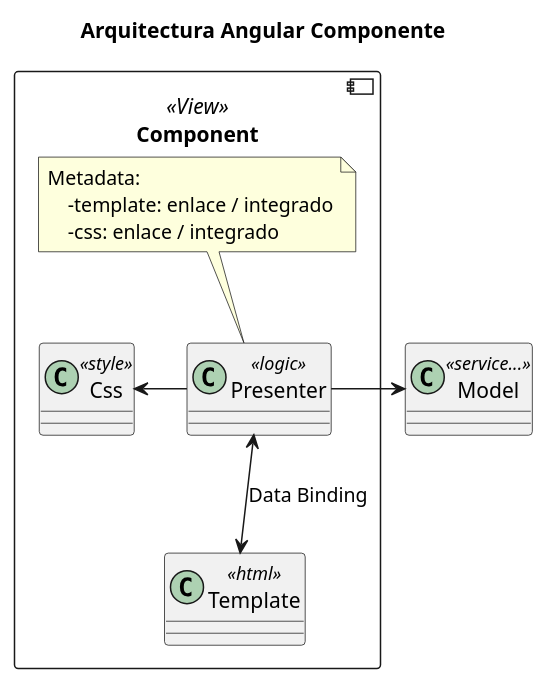
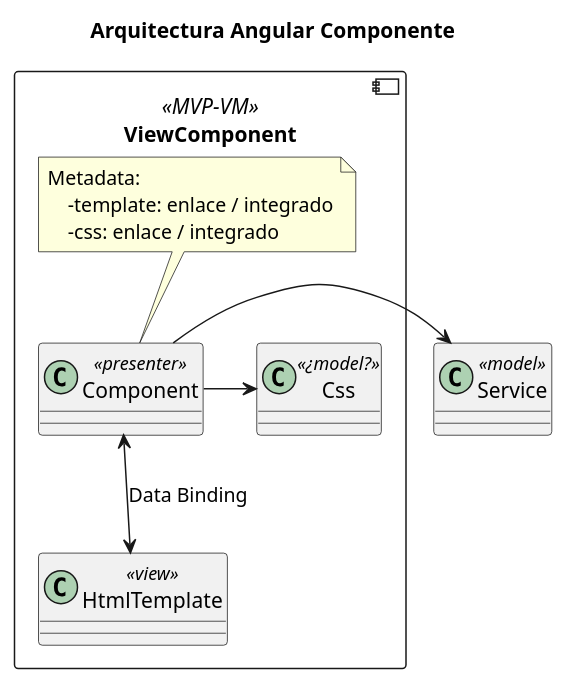
One commit to Master-Desarrollo-20-21/arquitectura-del-software-diagramas-de-tu-framework-kodenix changed the diagram in angular/src/general/arquitectura-angular-component.puml. Above: the diagram before and after it, drawn with PlantUML. The commit also changed 10 other files, not shown here.

```diff
--- a/angular/src/general/arquitectura-angular-component.puml
+++ b/angular/src/general/arquitectura-angular-component.puml
@@ -1,25 +1,25 @@
 @startuml
 
 title "Arquitectura Angular Componente"
 
-component Component <<View>> {
-    class Presenter <<logic>>
-    class Css <<style>>
-    class Template <<html>>
+component ViewComponent <<MVP-VM>> {
+    class Component <<presenter>>
+    class Css <<¿model?>>
+    class HtmlTemplate <<view>>
     
-    Presenter -left-> Css
-    Presenter <-down-> Template : Data Binding
+    Component -right-> Css
+    Component <-down-> HtmlTemplate : Data Binding
 
-    note top of Presenter 
+    note top of Component 
         Metadata:
             -template: enlace / integrado
             -css: enlace / integrado
     end note
 
     
 }
 
-class Model <<service...>>
-Presenter -right-> Model
+class Service <<model>>
+Component -right-> Service
 
 @enduml
```
